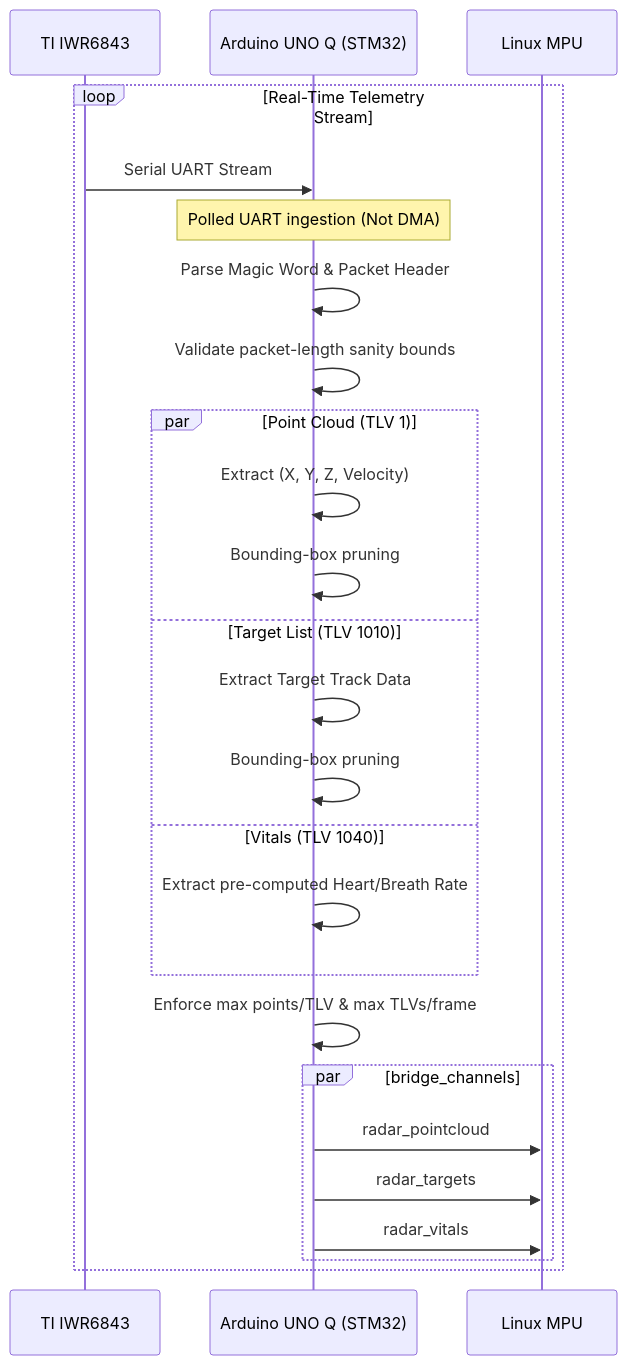
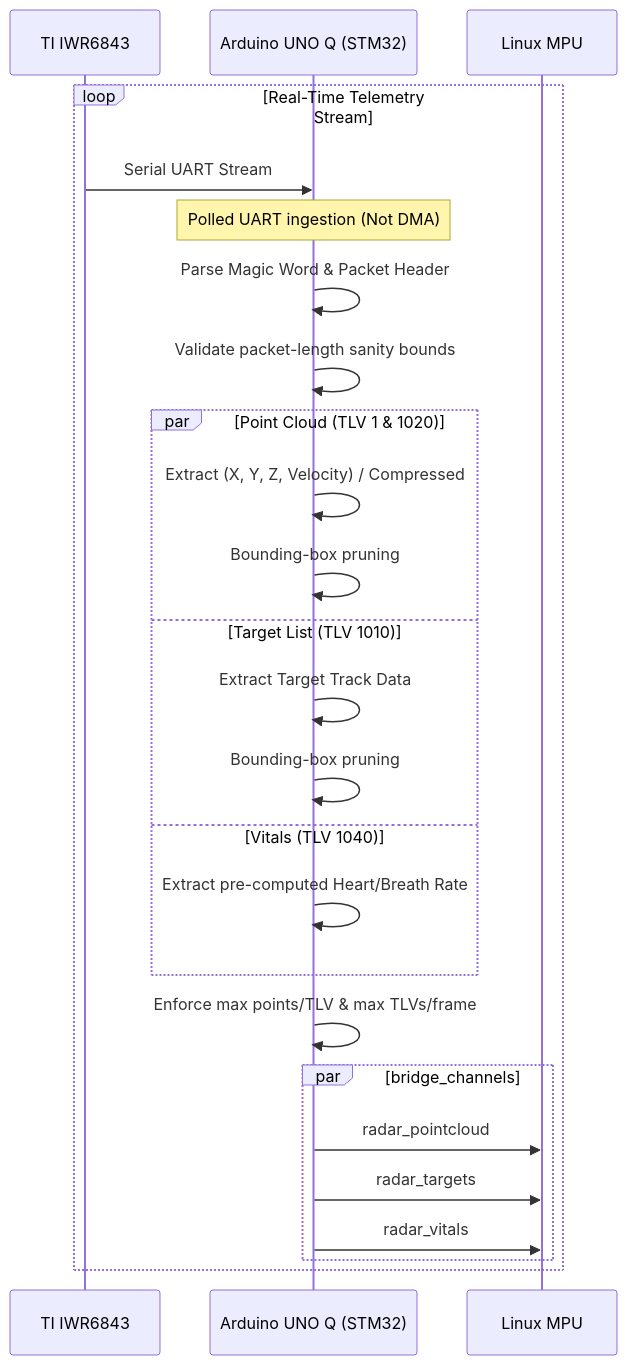
Before and after one commit to shawnsony07/Halo-Non-contact-edge-mmWave-fall-detector-for-elder-care: the diagram in docs/diagrams/data_flow.mmd, drawn with Mermaid. The commit also changed 1 other file, not shown here.

Commit message:
docs: add TLV 1020 (Compressed Point Cloud) to data flow diagram

```diff
--- a/docs/diagrams/data_flow.mmd
+++ b/docs/diagrams/data_flow.mmd
@@ -1,29 +1,29 @@
 sequenceDiagram
     participant Radar as TI IWR6843
     participant MCU as Arduino UNO Q (STM32)
     participant MPU as Linux MPU
     
     loop Real-Time Telemetry Stream
         Radar->>MCU: Serial UART Stream
         Note over MCU: Polled UART ingestion (Not DMA)
         MCU->>MCU: Parse Magic Word & Packet Header
         MCU->>MCU: Validate packet-length sanity bounds
         
-        par Point Cloud (TLV 1)
-            MCU->>MCU: Extract (X, Y, Z, Velocity)
+        par Point Cloud (TLV 1 & 1020)
+            MCU->>MCU: Extract (X, Y, Z, Velocity) / Compressed
             MCU->>MCU: Bounding-box pruning
         and Target List (TLV 1010)
             MCU->>MCU: Extract Target Track Data
             MCU->>MCU: Bounding-box pruning
         and Vitals (TLV 1040)
             MCU->>MCU: Extract pre-computed Heart/Breath Rate
         end
         
         MCU->>MCU: Enforce max points/TLV & max TLVs/frame
         
         par bridge_channels
             MCU->>MPU: radar_pointcloud
             MCU->>MPU: radar_targets
             MCU->>MPU: radar_vitals
         end
     end
```
